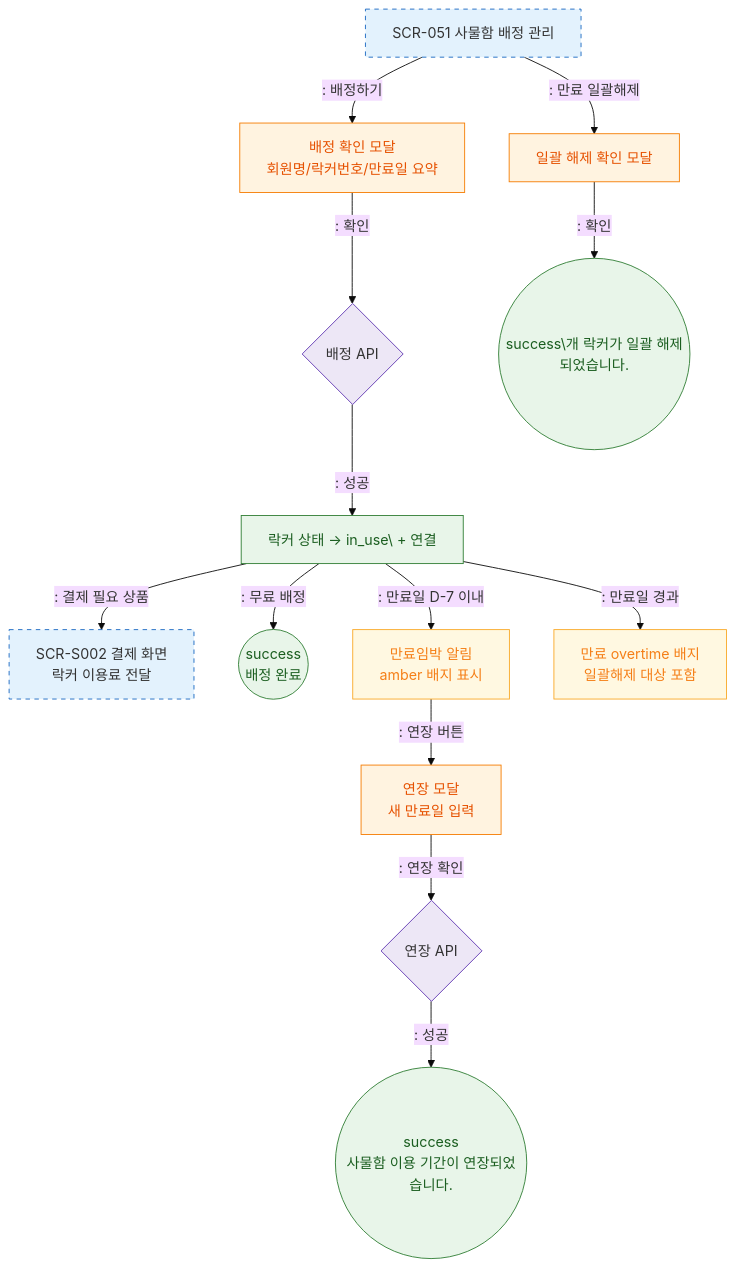
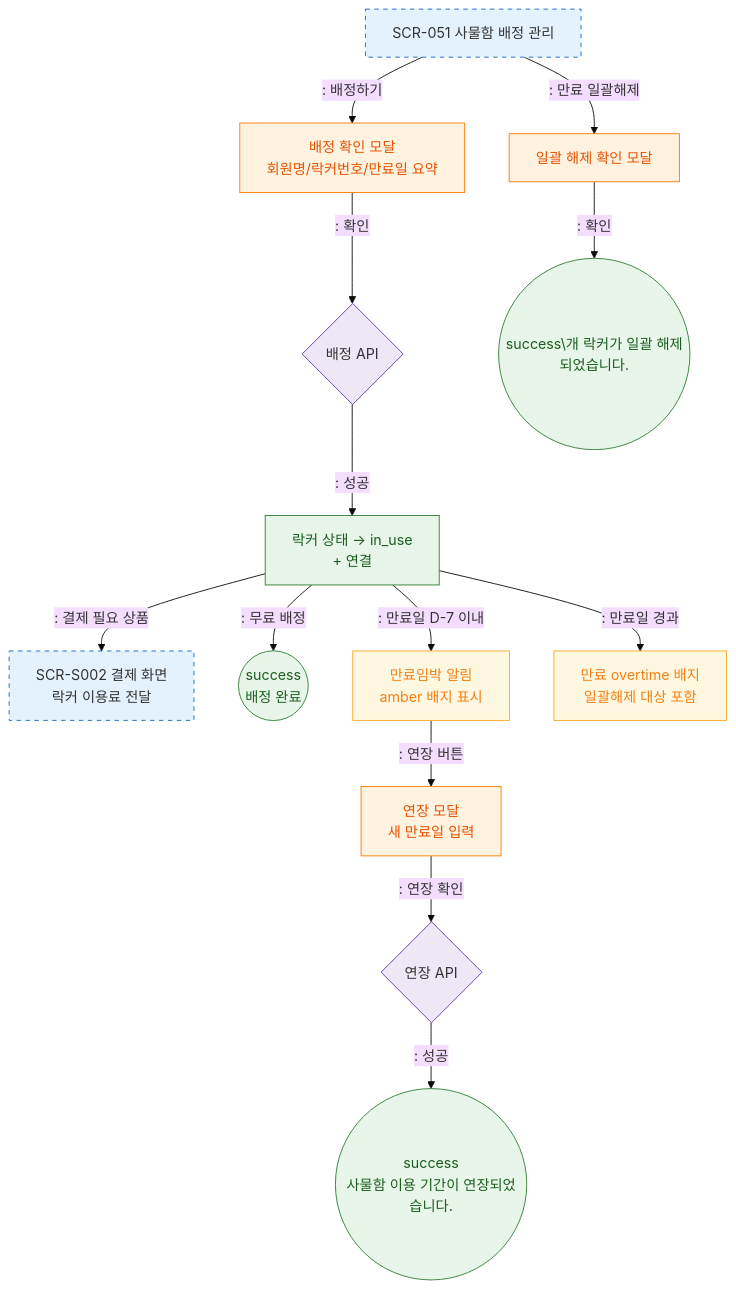
Before and after one commit to dev-spogym/admin-pando: the diagram in docs/admin/다이어그램/D06_시설관리/SCR-051_사물함배정관리/F5_모달트리거.md, drawn with Mermaid (base theme). The commit also changed 369 other files, not shown here.

````diff
--- a/docs/admin/다이어그램/D06_시설관리/SCR-051_사물함배정관리/F5_모달트리거.md
+++ b/docs/admin/다이어그램/D06_시설관리/SCR-051_사물함배정관리/F5_모달트리거.md
@@ -17,37 +17,37 @@
 ```mermaid
 flowchart TD
     SCR_051[SCR-051 사물함 배정 관리]
 
     %% 배정 플로우
     SCR_051 -->|": 배정하기"|AssignModal[배정 확인 모달\n회원명/락커번호/만료일 요약]
     AssignModal -->|": 확인"|AssignAPI{배정 API}
-    AssignAPI -->|": 성공"|AssignDone[락커 상태 → in_use\ + 연결]
+    AssignAPI -->|": 성공"|AssignDone[락커 상태 → in_use<br/> + 연결]
 
     %% 결제 연동
     AssignDone -->|": 결제 필요 상품"|SCR_S002[SCR-S002 결제 화면\n락커 이용료 전달]
     AssignDone -->|": 무료 배정"|ToastAssign((success\n배정 완료))
 
     %% 만료 감지
     AssignDone -->|": 만료일 D-7 이내"|ExpiryAlert[만료임박 알림\namber 배지 표시]
     AssignDone -->|": 만료일 경과"|ExpiredBadge[만료 overtime 배지\n일괄해제 대상 포함]
 
     %% 연장 플로우
     ExpiryAlert -->|": 연장 버튼"|ExtendModal[연장 모달\n새 만료일 입력]
     ExtendModal -->|": 연장 확인"|ExtendAPI{연장 API}
     ExtendAPI -->|": 성공"|ToastExtend((success\n사물함 이용 기간이 연장되었습니다.))
 
     %% 일괄 해제
     SCR_051 -->|": 만료 일괄해제"|BulkModal[일괄 해제 확인 모달]
     BulkModal -->|": 확인"|ToastBulk((success\개 락커가 일괄 해제되었습니다.))
 
     classDef screen fill:#E3F2FD,stroke:#1565C0,stroke-dasharray:5 5
     classDef modal fill:#FFF3E0,stroke:#F57C00,color:#E65100
     classDef success fill:#E8F5E9,stroke:#2E7D32,color:#1B5E20
     classDef warning fill:#FFF8E1,stroke:#F9A825,color:#F57F17
     classDef system fill:#EDE7F6,stroke:#5E35B2
     class SCR_051,SCR_S002 screen
     class AssignModal,ExtendModal,BulkModal modal
     class AssignDone,ToastAssign,ToastExtend,ToastBulk success
     class ExpiryAlert,ExpiredBadge warning
     class AssignAPI,ExtendAPI system
 ```
````
